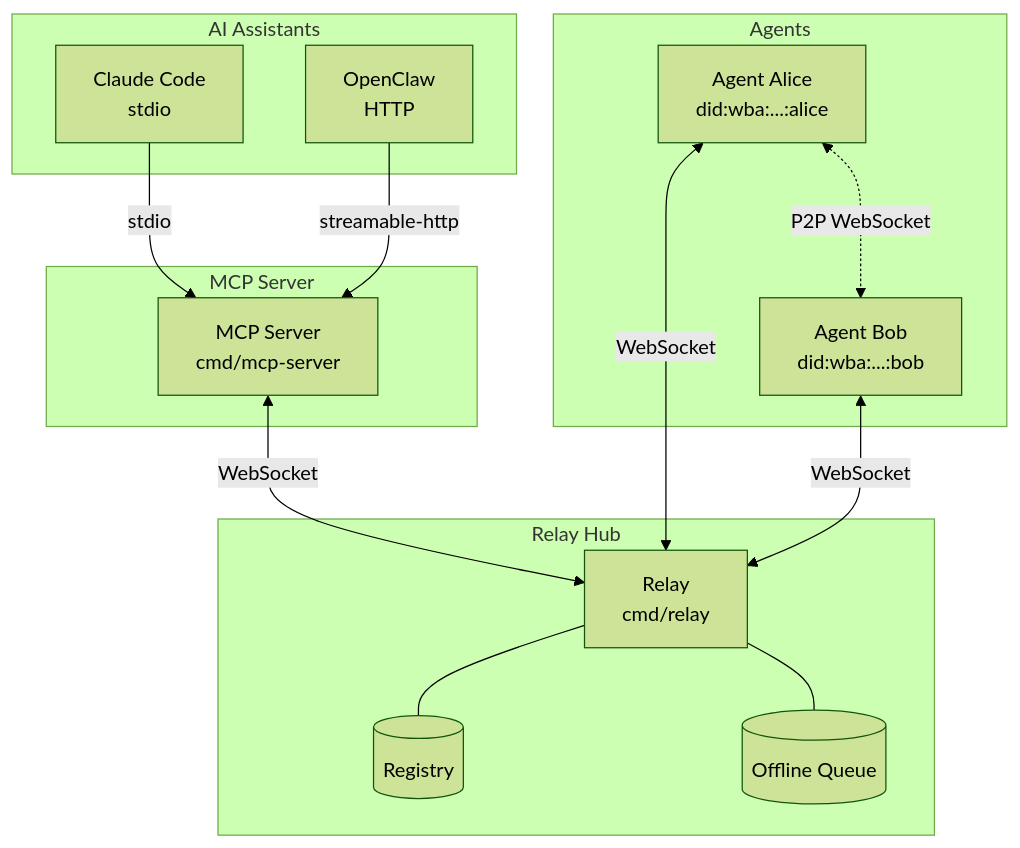
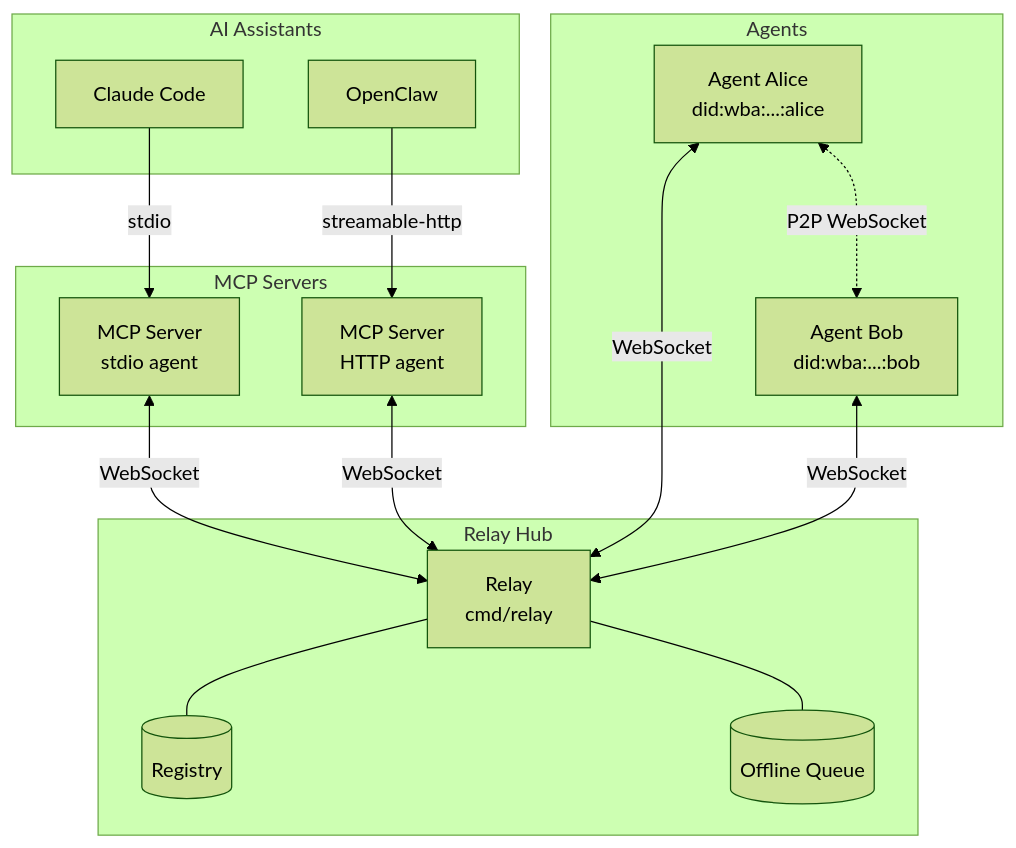
The diagram in README.md (gianlucamazza/msg2agent), drawn with Mermaid (forest theme) before and after one commit.

Commit message:
fix: show separate MCP server instances per AI assistant in diagram
Each AI assistant gets its own MCP server process, which registers
as an independent agent on the relay.

````diff
--- a/README.md
+++ b/README.md
@@ -16,31 +16,33 @@
 ```mermaid
 flowchart TB
     subgraph AI Assistants
-        CC[Claude Code<br/>stdio]
-        OC[OpenClaw<br/>HTTP]
+        CC[Claude Code]
+        OC[OpenClaw]
     end
 
-    subgraph MCP Server
-        MCP[MCP Server<br/>cmd/mcp-server]
+    subgraph MCP Servers
+        MCP1[MCP Server<br/>stdio agent]
+        MCP2[MCP Server<br/>HTTP agent]
     end
 
     subgraph Relay Hub
         R[Relay<br/>cmd/relay]
         REG[(Registry)]
         Q[(Offline Queue)]
     end
 
     subgraph Agents
         A[Agent Alice<br/>did:wba:...:alice]
         B[Agent Bob<br/>did:wba:...:bob]
     end
 
-    CC -->|stdio| MCP
-    OC -->|streamable-http| MCP
-    MCP <-->|WebSocket| R
+    CC -->|stdio| MCP1
+    OC -->|streamable-http| MCP2
+    MCP1 <-->|WebSocket| R
+    MCP2 <-->|WebSocket| R
     A <-->|WebSocket| R
     B <-->|WebSocket| R
     A <-.->|P2P WebSocket| B
     R --- REG
     R --- Q
 ```
````
